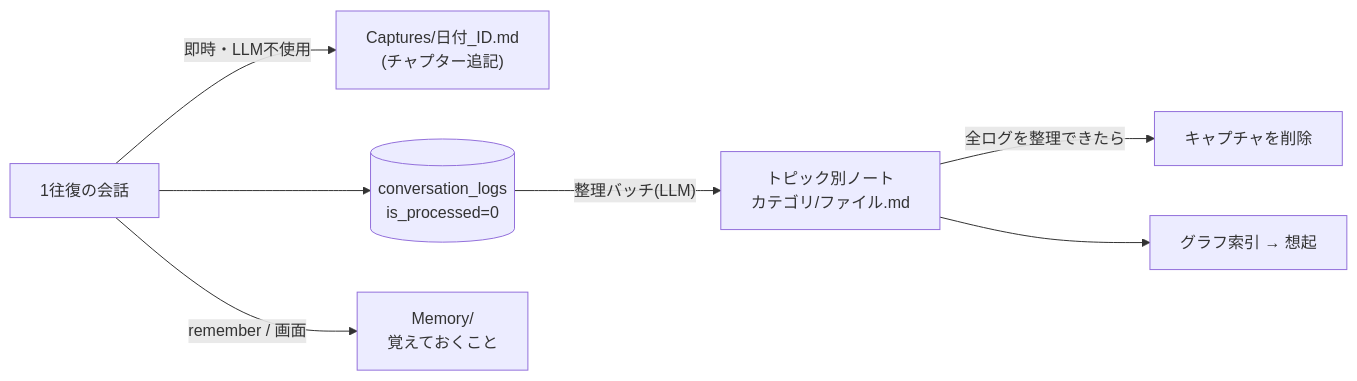
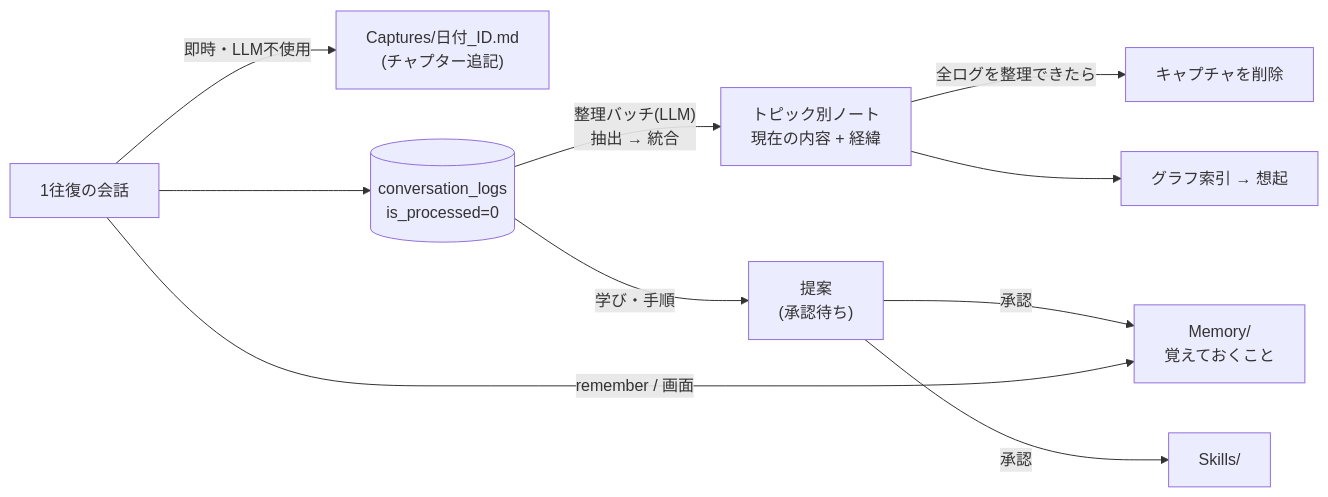
The first of 2 diagrams in docs/knowledge.md (long-in/MyAssistant), drawn with Mermaid before and after one commit. The commit also changed other lines of this file and 8 other files, not shown here.

````diff
--- a/docs/knowledge.md
+++ b/docs/knowledge.md
@@ -7,9 +7,12 @@
 ```mermaid
 flowchart LR
   T["1往復の会話"] -->|"即時・LLM不使用"| C["Captures/日付_ID.md<br/>(チャプター追記)"]
   T --> DB[("conversation_logs<br/>is_processed=0")]
-  DB -->|"整理バッチ(LLM)"| N["トピック別ノート<br/>カテゴリ/ファイル.md"]
+  DB -->|"整理バッチ(LLM)<br/>抽出 → 統合"| N["トピック別ノート<br/>現在の内容 + 経緯"]
   N -->|"全ログを整理できたら"| X["キャプチャを削除"]
   N --> G["グラフ索引 → 想起"]
-  T -->|"remember / 画面"| M["Memory/<br/>覚えておくこと"]
+  DB -->|"学び・手順"| P["提案<br/>(承認待ち)"]
+  P -->|"承認"| M["Memory/<br/>覚えておくこと"]
+  P -->|"承認"| S["Skills/"]
+  T -->|"remember / 画面"| M
 ```
````
